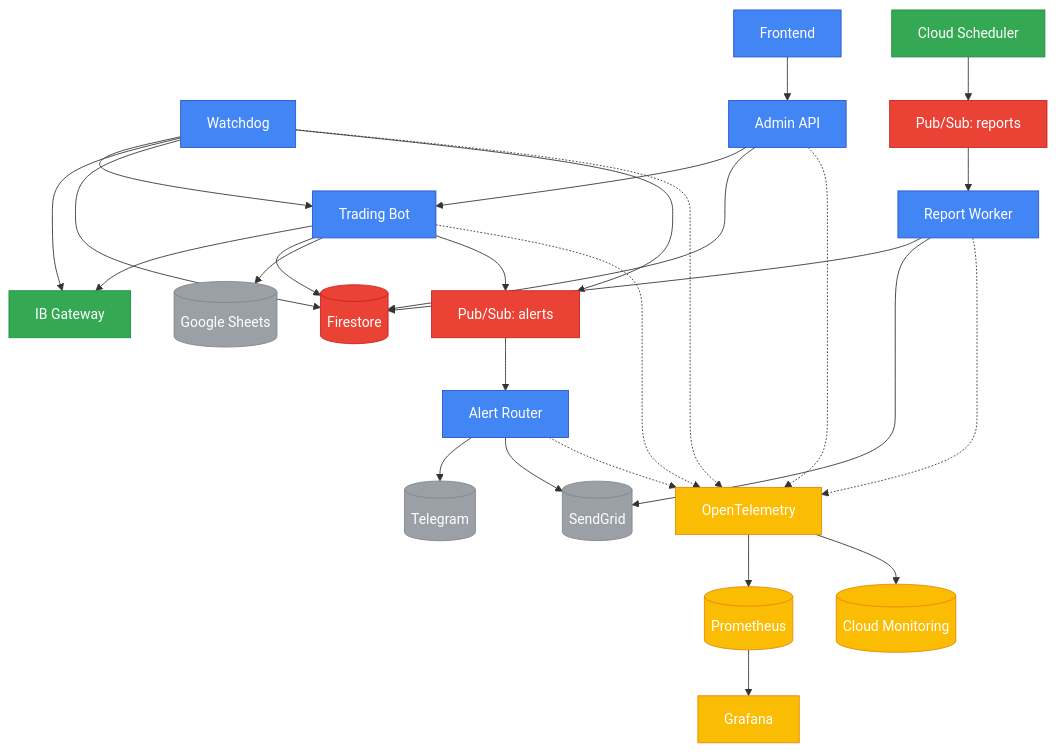
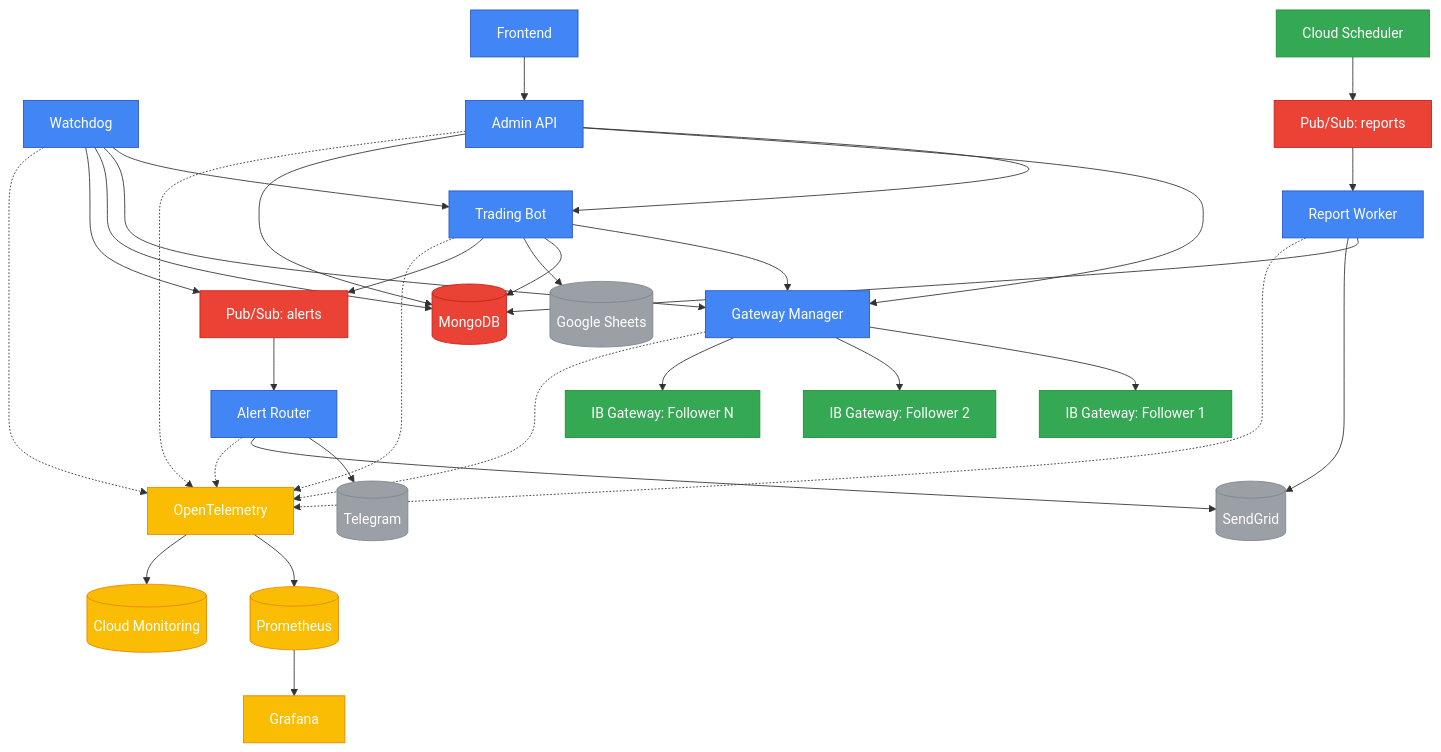
The diagram in docs/images/system-architecture.mmd (AIgen-Solutions-s-r-l/SpreadPilot), drawn with Mermaid before and after one commit. The commit also changed 3 other files, not shown here.

First line of the commit message:
docs(architecture): update documentation for gateway manager

```diff
--- a/docs/images/system-architecture.mmd
+++ b/docs/images/system-architecture.mmd
@@ -1,52 +1,57 @@
 graph TD
     %% Core Services
-    TradingBot[Trading Bot] --> IBGateway[IB Gateway]
-    TradingBot --> Firestore[(Firestore)]
+    TradingBot[Trading Bot] --> GatewayManager[Gateway Manager]
+    GatewayManager --> IBGateway1[IB Gateway: Follower 1]
+    GatewayManager --> IBGateway2[IB Gateway: Follower 2]
+    GatewayManager --> IBGatewayN[IB Gateway: Follower N]
+    TradingBot --> MongoDB[(MongoDB)]
     TradingBot --> GoogleSheets[(Google Sheets)]
     TradingBot --> PubSubAlerts[Pub/Sub: alerts]
     
     Watchdog[Watchdog] --> TradingBot
-    Watchdog --> IBGateway
-    Watchdog --> Firestore
+    Watchdog --> GatewayManager
+    Watchdog --> MongoDB
     Watchdog --> PubSubAlerts
     
     AdminAPI[Admin API] --> TradingBot
-    AdminAPI --> Firestore
+    AdminAPI --> GatewayManager
+    AdminAPI --> MongoDB
     
-    ReportWorker[Report Worker] --> Firestore
+    ReportWorker[Report Worker] --> MongoDB
     ReportWorker --> SendGrid[(SendGrid)]
     PubSubReports[Pub/Sub: reports] --> ReportWorker
     
     AlertRouter[Alert Router] --> Telegram[(Telegram)]
     AlertRouter --> SendGrid
     PubSubAlerts --> AlertRouter
     
     Frontend[Frontend] --> AdminAPI
     
     %% Infrastructure
     CloudScheduler[Cloud Scheduler] --> PubSubReports
     
     %% Observability
     OTel[OpenTelemetry] --> Prometheus[(Prometheus)]
     OTel --> CloudMonitoring[(Cloud Monitoring)]
     Prometheus --> Grafana[Grafana]
     
     %% Service connections to observability
     TradingBot -.-> OTel
+    GatewayManager -.-> OTel
     Watchdog -.-> OTel
     AdminAPI -.-> OTel
     ReportWorker -.-> OTel
     AlertRouter -.-> OTel
     
     %% Styling
     classDef coreService fill:#4285F4,stroke:#2A56C6,color:white
     classDef infrastructure fill:#34A853,stroke:#1E8E3E,color:white
     classDef observability fill:#FBBC04,stroke:#EA8600,color:white
     classDef database fill:#EA4335,stroke:#C5221F,color:white
     classDef external fill:#9AA0A6,stroke:#80868B,color:white
     
-    class TradingBot,Watchdog,AdminAPI,ReportWorker,AlertRouter,Frontend coreService
-    class IBGateway,CloudScheduler infrastructure
+    class TradingBot,Watchdog,AdminAPI,ReportWorker,AlertRouter,Frontend,GatewayManager coreService
+    class IBGateway1,IBGateway2,IBGatewayN,CloudScheduler infrastructure
     class OTel,Prometheus,Grafana,CloudMonitoring observability
-    class Firestore,PubSubAlerts,PubSubReports database
+    class MongoDB,PubSubAlerts,PubSubReports database
     class GoogleSheets,SendGrid,Telegram external
```
